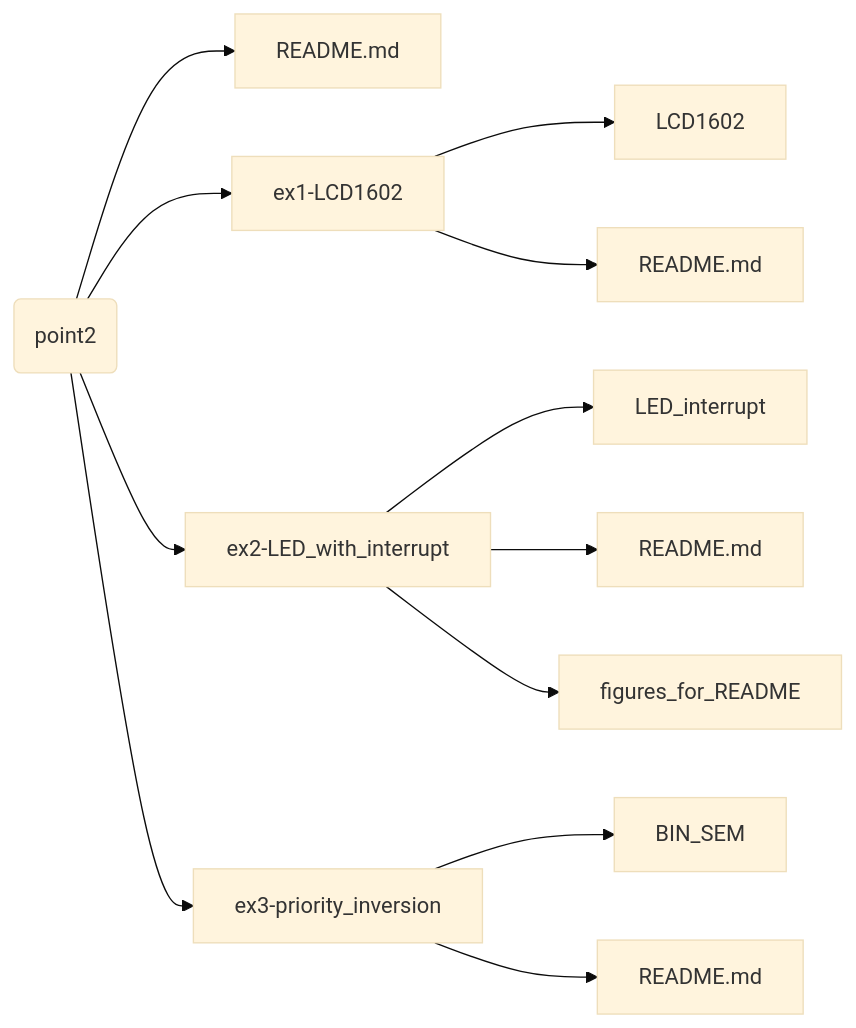
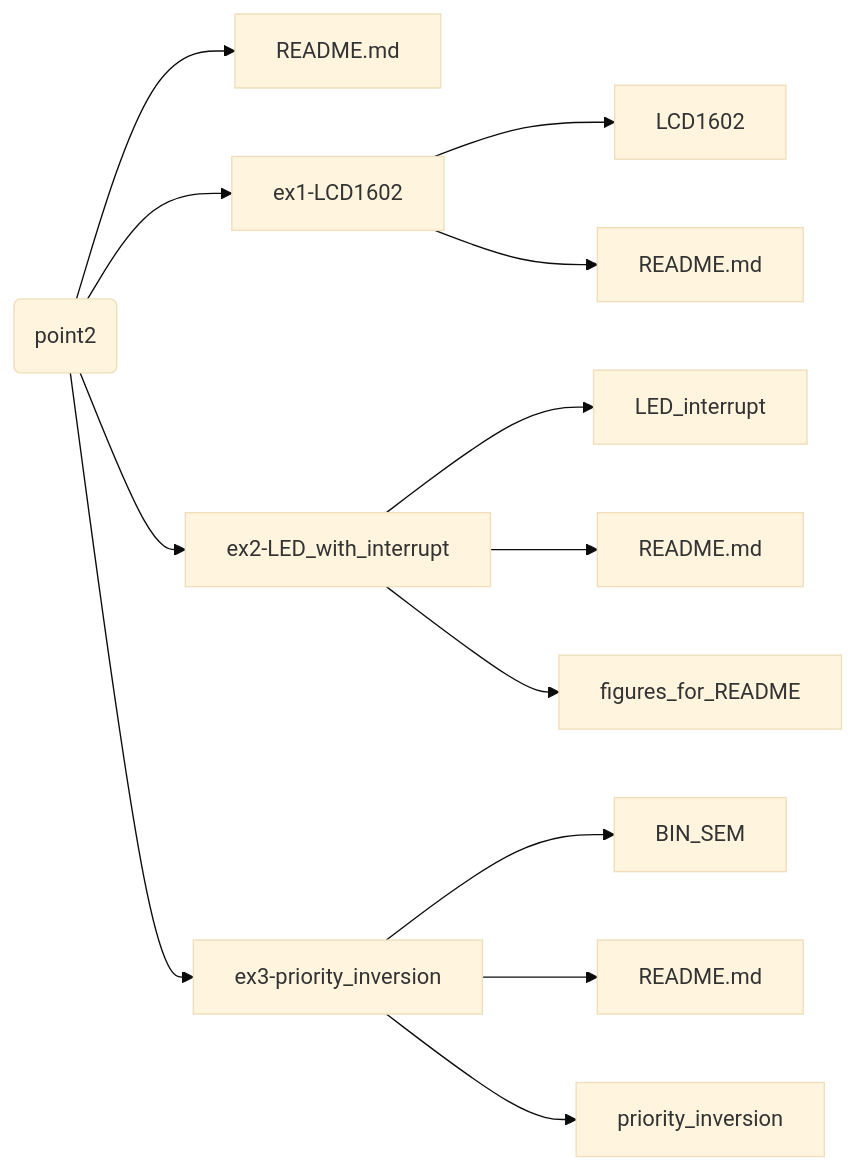
Before and after one commit to smokyisthatyou/STM32Nucleo64: the third of 4 diagrams in README.md, drawn with Mermaid.

````diff
--- a/README.md
+++ b/README.md
@@ -59,27 +59,29 @@
 ```mermaid
 %%{init: {'theme':'base'}}%%
 graph LR;
 A[README.md];
 B[README.md];
 C[README.md];
 D[README.md];
 p2(point2)
 p2-->A;
 p2-->ex1-LCD1602;
 p2-->ex2-LED_with_interrupt;
 p2-->ex3-priority_inversion;
 ex1-LCD1602-->LCD1602;
 ex1-LCD1602-->D;
 ex2-LED_with_interrupt-->LED_interrupt;
 ex2-LED_with_interrupt-->B;
 ex2-LED_with_interrupt-->figures_for_README;
 ex3-priority_inversion-->BIN_SEM;
 ex3-priority_inversion-->C;
+ex3-priority_inversion-->priority_inversion;
 
 click p2 href "https://baltig.polito.it/caos2023/group2/-/tree/point2" "Link to point2";
 click README.md href "https://baltig.polito.it/caos2023/group2/-/blob/point2/README.md" "Link to README.md";
 click ex2-LED_with_interrupt href "https://baltig.polito.it/caos2023/group2/-/tree/point2/ex2-LED_with_interrupt" "Link to ex2-LED_with_interrupt";
 click LED_interrupt href "https://baltig.polito.it/caos2023/group2/-/tree/point2/ex2-LED_with_interrupt/LED_interrupt" "Link to LED_interrupt";
 click B href "https://baltig.polito.it/caos2023/group2/-/tree/point2/ex2-LED_with_Interrupt/README.md" "Link to README.md";
 click figures_for_README href "https://baltig.polito.it/caos2023/group2/-/tree/point2/ex2-LED_with_interrupt/figures_for_README" "Link to figures_for_README";
+click C href "https://baltig.polito.it/caos2023/group2/-/tree/point2/ex3-priority_inversion/README.md" "Link to README.md";
 ```
````
